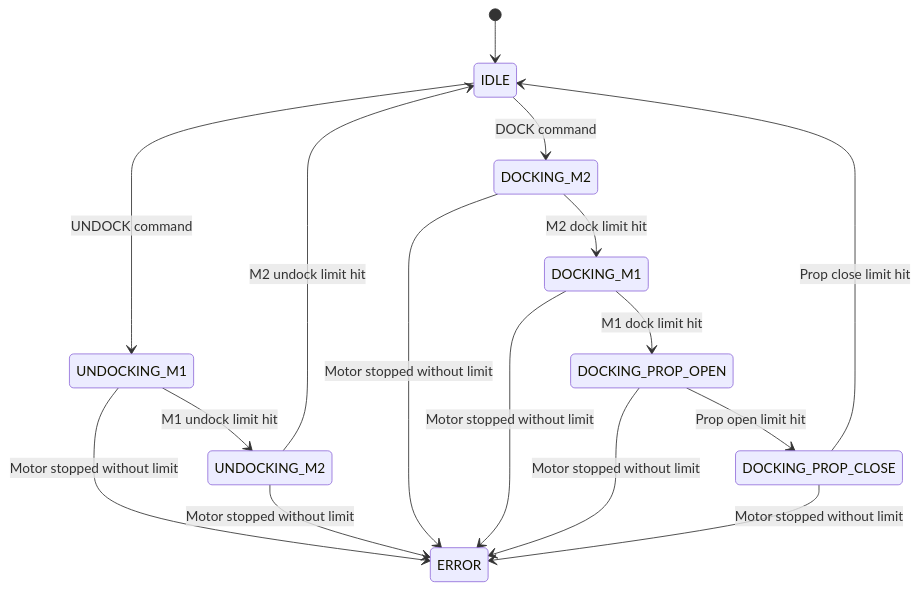
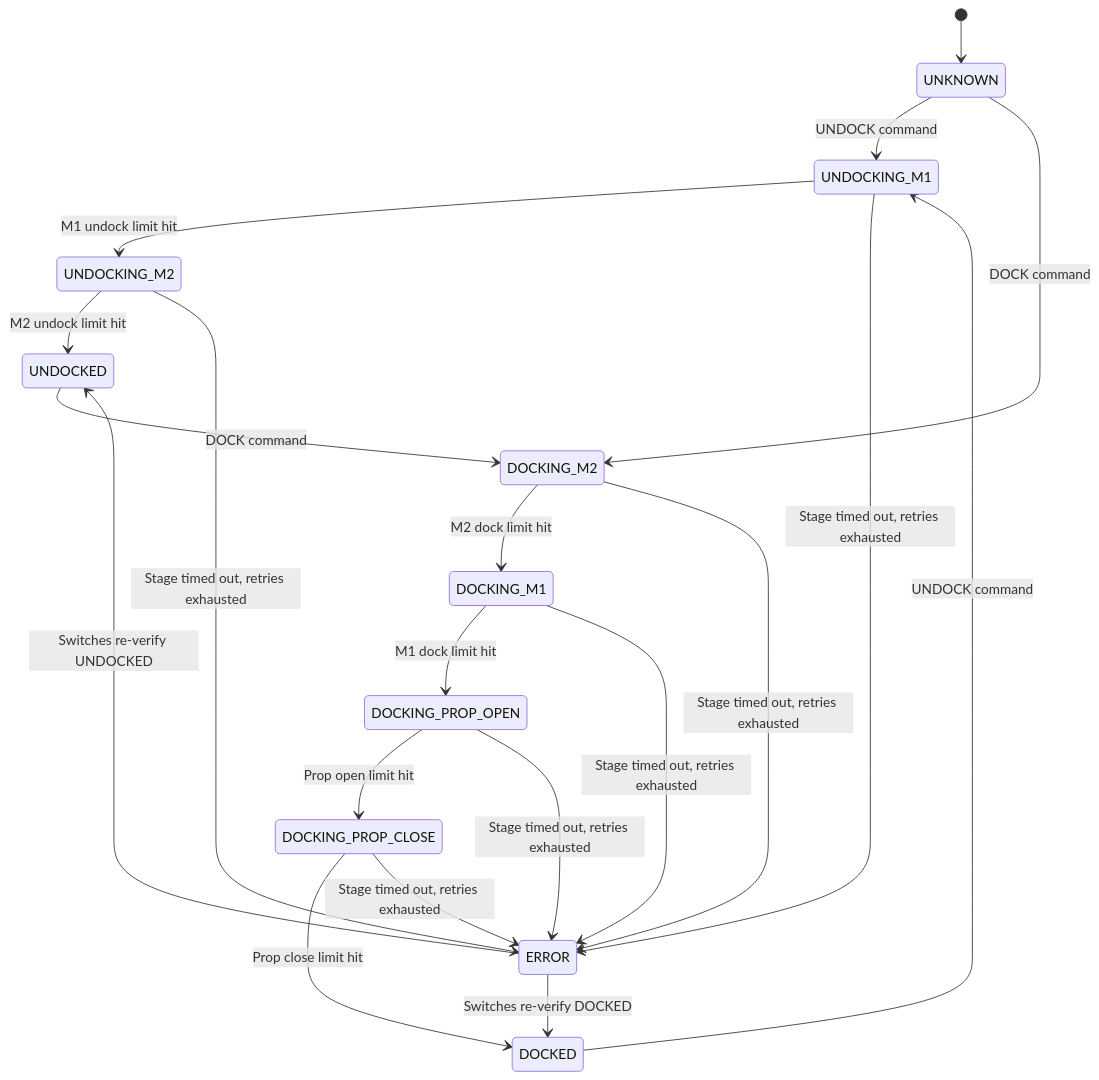
Before and after one commit to onlinecodewithme/drone_dock_locking_system: the diagram in README.md, drawn with Mermaid. The commit also changed other lines of this file and 4 other files, not shown here.

````diff
--- a/README.md
+++ b/README.md
@@ -161,21 +161,26 @@
 ```mermaid
 stateDiagram-v2
-    [*] --> IDLE
+    [*] --> UNKNOWN
 
-    IDLE --> UNDOCKING_M1 : UNDOCK command
+    UNKNOWN --> UNDOCKING_M1 : UNDOCK command
+    DOCKED --> UNDOCKING_M1 : UNDOCK command
     UNDOCKING_M1 --> UNDOCKING_M2 : M1 undock limit hit
-    UNDOCKING_M2 --> IDLE : M2 undock limit hit
+    UNDOCKING_M2 --> UNDOCKED : M2 undock limit hit
 
-    IDLE --> DOCKING_M2 : DOCK command
+    UNKNOWN --> DOCKING_M2 : DOCK command
+    UNDOCKED --> DOCKING_M2 : DOCK command
     DOCKING_M2 --> DOCKING_M1 : M2 dock limit hit
     DOCKING_M1 --> DOCKING_PROP_OPEN : M1 dock limit hit
     DOCKING_PROP_OPEN --> DOCKING_PROP_CLOSE : Prop open limit hit
-    DOCKING_PROP_CLOSE --> IDLE : Prop close limit hit
+    DOCKING_PROP_CLOSE --> DOCKED : Prop close limit hit
 
-    UNDOCKING_M1 --> ERROR : Motor stopped without limit
-    UNDOCKING_M2 --> ERROR : Motor stopped without limit
-    DOCKING_M2 --> ERROR : Motor stopped without limit
-    DOCKING_M1 --> ERROR : Motor stopped without limit
-    DOCKING_PROP_OPEN --> ERROR : Motor stopped without limit
-    DOCKING_PROP_CLOSE --> ERROR : Motor stopped without limit
+    UNDOCKING_M1 --> ERROR : Stage timed out, retries exhausted
+    UNDOCKING_M2 --> ERROR : Stage timed out, retries exhausted
+    DOCKING_M2 --> ERROR : Stage timed out, retries exhausted
+    DOCKING_M1 --> ERROR : Stage timed out, retries exhausted
+    DOCKING_PROP_OPEN --> ERROR : Stage timed out, retries exhausted
+    DOCKING_PROP_CLOSE --> ERROR : Stage timed out, retries exhausted
+
+    ERROR --> DOCKED : Switches re-verify DOCKED
+    ERROR --> UNDOCKED : Switches re-verify UNDOCKED
 ```
````
